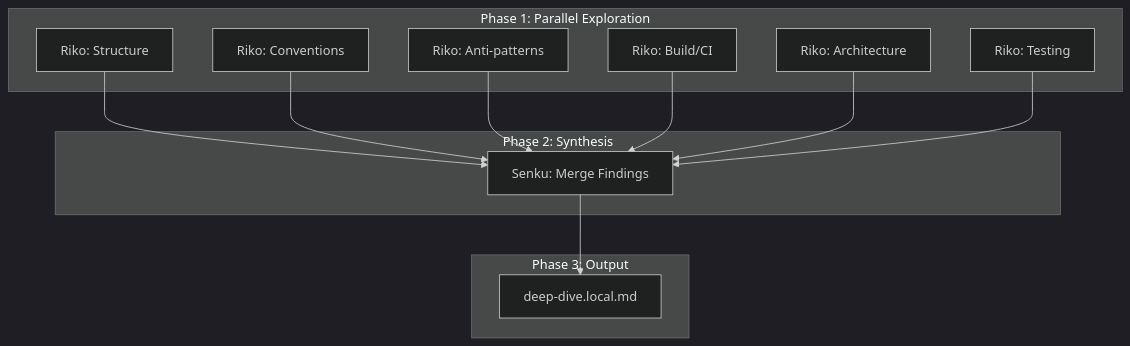
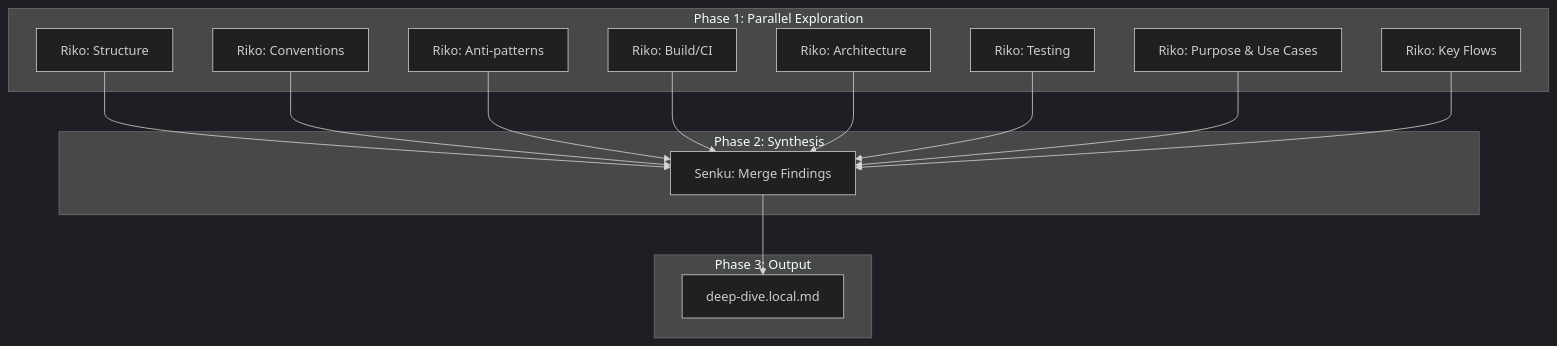
The third of 4 diagrams in docs/reference/commands.md (josix/agent-flow), drawn with Mermaid (dark theme) before and after one commit. The commit also changed other lines of this file and 10 other files, not shown here.

First line of the commit message:
feat(deep-dive): trace purpose, use cases, and key flows, not just layout

````diff
--- a/docs/reference/commands.md
+++ b/docs/reference/commands.md
@@ -543,22 +543,24 @@
 ```mermaid
 flowchart TB
     subgraph Phase1["Phase 1: Parallel Exploration"]
         R1[Riko: Structure]
         R2[Riko: Conventions]
         R3[Riko: Anti-patterns]
         R4[Riko: Build/CI]
         R5[Riko: Architecture]
         R6[Riko: Testing]
+        R7[Riko: Purpose & Use Cases]
+        R8[Riko: Key Flows]
     end
 
     subgraph Phase2["Phase 2: Synthesis"]
         S[Senku: Merge Findings]
     end
 
     subgraph Phase3["Phase 3: Output"]
         O[deep-dive.local.md]
     end
 
-    R1 & R2 & R3 & R4 & R5 & R6 --> S
+    R1 & R2 & R3 & R4 & R5 & R6 & R7 & R8 --> S
     S --> O
 ```
````
